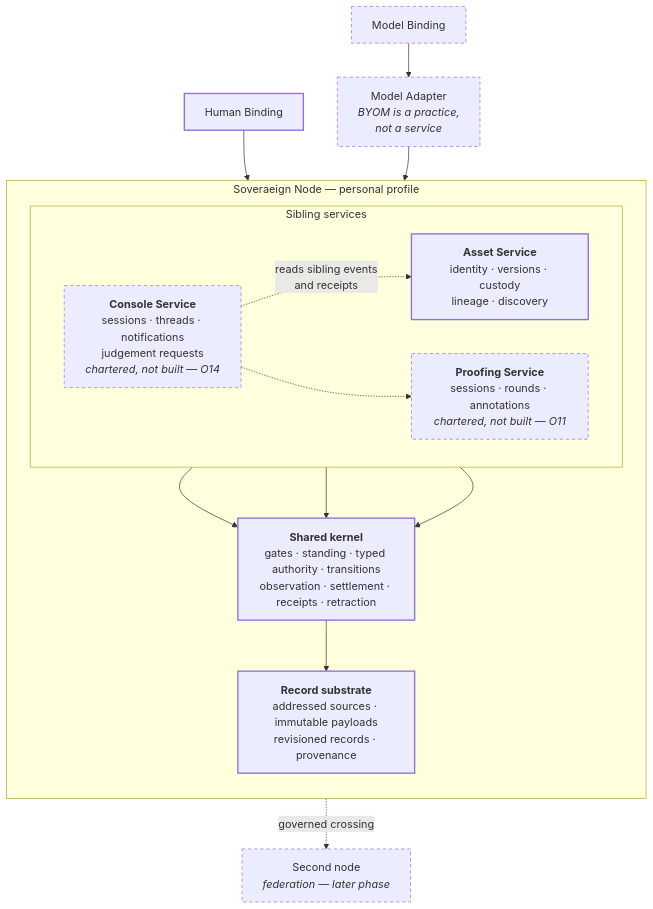
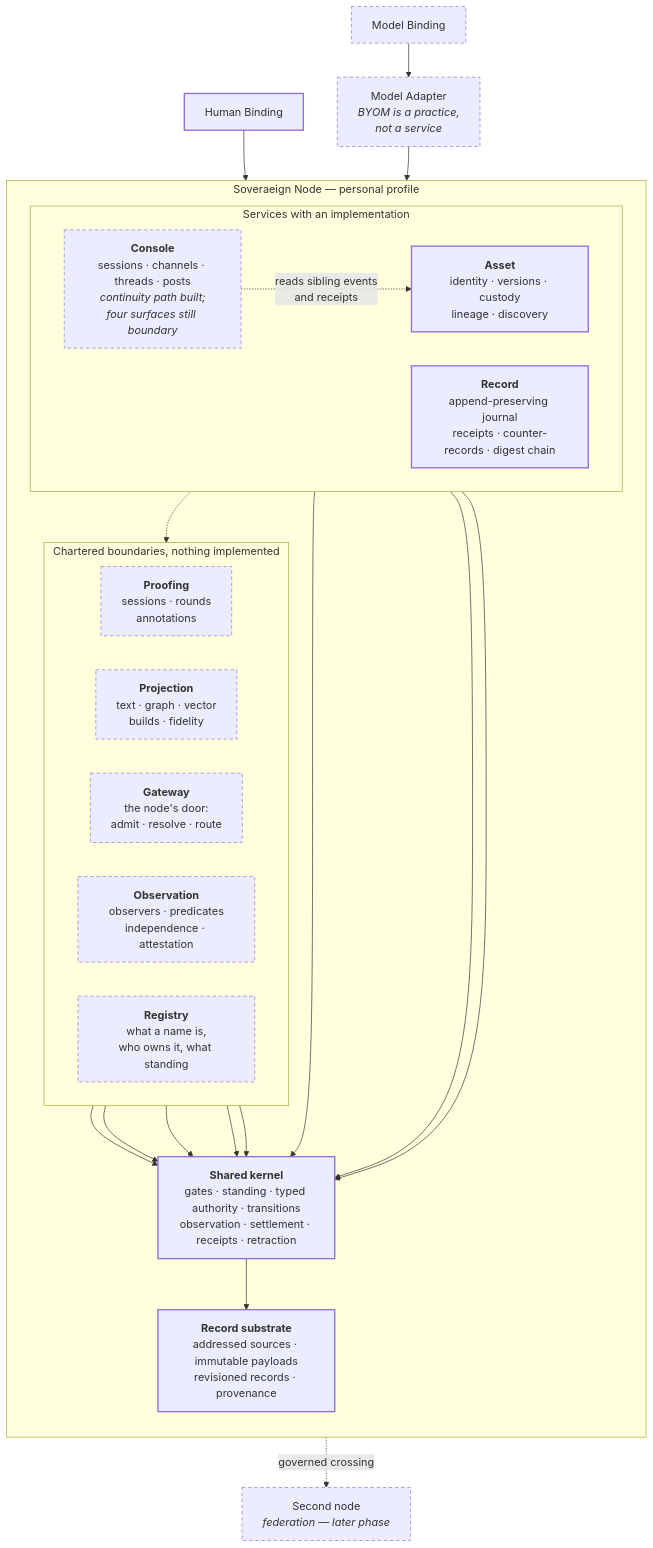
Before and after one commit to bdf1992/Soveraeign: the diagram in diagrams/service-map.md, drawn with Mermaid. The commit also changed other lines of this file and 12 other files, not shown here.

First line of the commit message:
feat(diagrams): make diagram staleness executable instead of asserted

````diff
--- a/diagrams/service-map.md
+++ b/diagrams/service-map.md
@@ -14,36 +16,49 @@
 ```mermaid
 flowchart TB
     HB["Human Binding"]
     MB["Model Binding"]
     MA["Model Adapter<br/><i>BYOM is a practice,<br/>not a service</i>"]
 
     subgraph nd["Soveraeign Node — personal profile"]
         direction TB
-        subgraph svc["Sibling services"]
+        subgraph built["Services with an implementation"]
             direction LR
-            A["<b>Asset Service</b><br/>identity · versions · custody<br/>lineage · discovery"]
-            P["<b>Proofing Service</b><br/>sessions · rounds · annotations<br/><i>chartered, not built — O11</i>"]
-            C["<b>Console Service</b><br/>sessions · threads · notifications<br/>judgement requests<br/><i>chartered, not built — O14</i>"]
+            A["<b>Asset</b><br/>identity · versions · custody<br/>lineage · discovery"]
+            R["<b>Record</b><br/>append-preserving journal<br/>receipts · counter-records · digest chain"]
+            C["<b>Console</b><br/>sessions · channels · threads · posts<br/><i>continuity path built;<br/>four surfaces still boundary</i>"]
+        end
+        subgraph boundary["Chartered boundaries, nothing implemented"]
+            direction LR
+            P["<b>Proofing</b><br/>sessions · rounds<br/>annotations"]
+            PJ["<b>Projection</b><br/>text · graph · vector<br/>builds · fidelity"]
+            G["<b>Gateway</b><br/>the node's door:<br/>admit · resolve · route"]
+            O["<b>Observation</b><br/>observers · predicates<br/>independence · attestation"]
+            RG["<b>Registry</b><br/>what a name is,<br/>who owns it, what standing"]
         end
         K["<b>Shared kernel</b><br/>gates · standing · typed authority · transitions<br/>observation · settlement · receipts · retraction"]
         RS["<b>Record substrate</b><br/>addressed sources · immutable payloads<br/>revisioned records · provenance"]
     end
 
     F["Second node<br/><i>federation — later phase</i>"]
 
     HB --> K
     MB --> MA
     MA --> K
     A --> K
+    R --> K
+    C --> K
     P --> K
-    C --> K
+    PJ --> K
+    G --> K
+    O --> K
+    RG --> K
     K --> RS
     C -. "reads sibling events<br/>and receipts" .-> A
     C -.-> P
     nd -. "governed crossing" .-> F
 
     classDef pen stroke-width:2px
     classDef pencil stroke-dasharray:5 4,stroke-width:1px
-    class A,K,RS,HB pen
-    class P,C,F,MB,MA pencil
+    class A,R,K,RS,HB pen
+    class C,P,PJ,G,O,RG,F,MB,MA pencil
 ```
````
